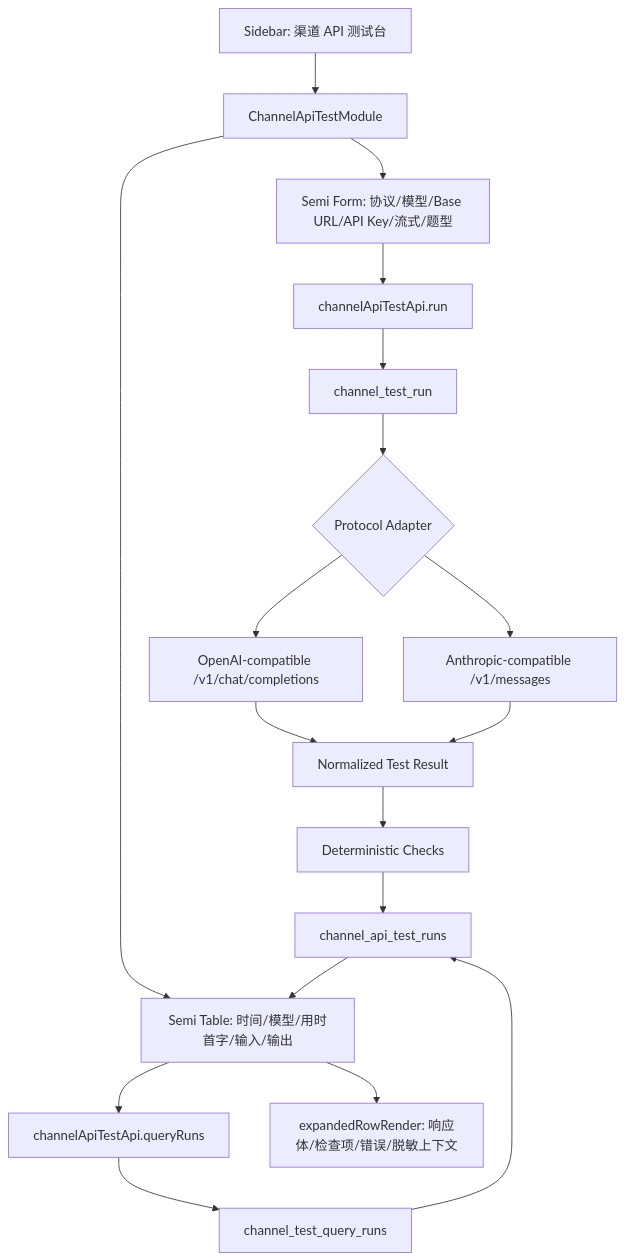
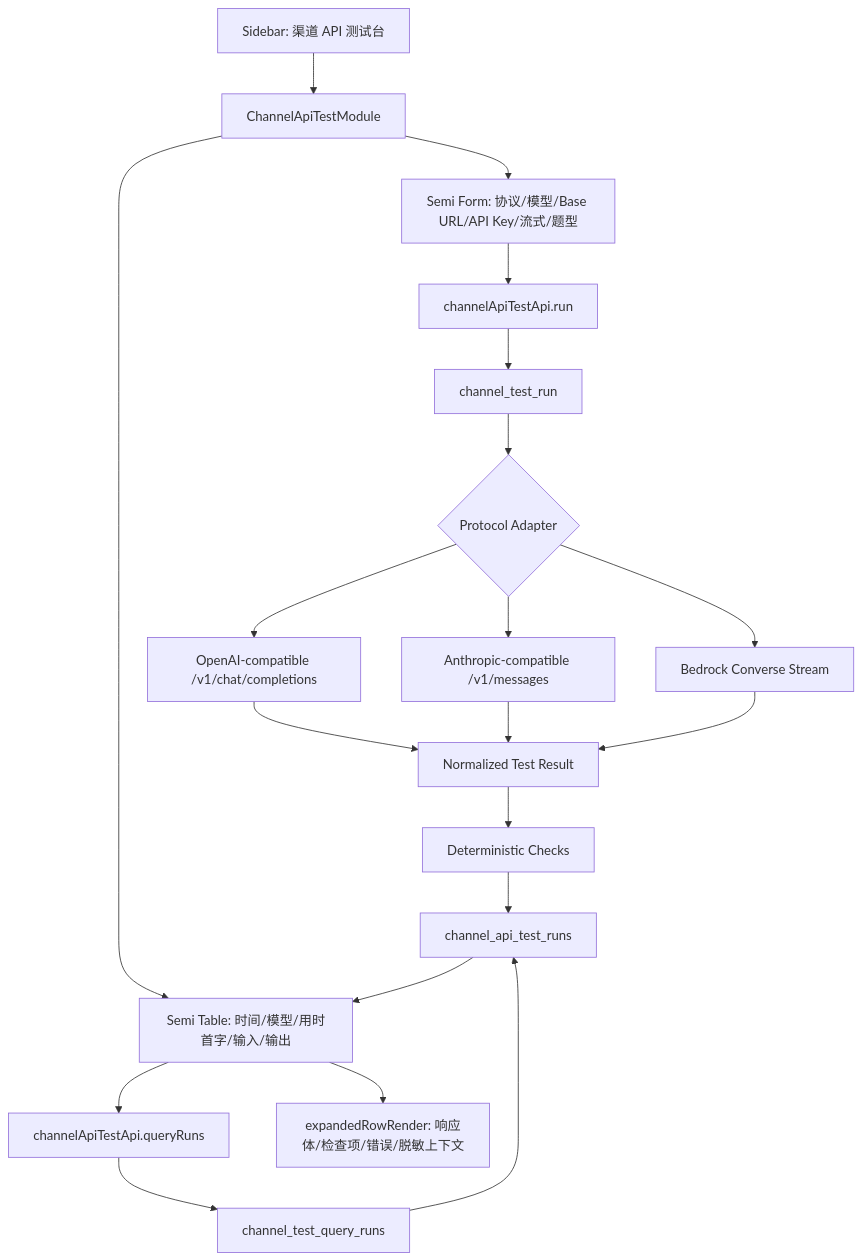
Before and after one commit to lionellc/agentnexus: the diagram in docs/plans/2026-05-02-001-feat-channel-api-testbench-plan.md, drawn with Mermaid. The commit also changed other lines of this file and 23 other files, not shown here.

````diff
--- a/docs/plans/2026-05-02-001-feat-channel-api-testbench-plan.md
+++ b/docs/plans/2026-05-02-001-feat-channel-api-testbench-plan.md
@@ -97,20 +114,22 @@
 ```mermaid
 flowchart TB
   Sidebar[Sidebar: 渠道 API 测试台] --> Module[ChannelApiTestModule]
   Module --> Form[Semi Form: 协议/模型/Base URL/API Key/流式/题型]
   Module --> Table[Semi Table: 时间/模型/用时首字/输入/输出]
   Form --> FrontApi[channelApiTestApi.run]
   Table --> FrontApiQuery[channelApiTestApi.queryRuns]
   FrontApi --> TauriRun[channel_test_run]
   FrontApiQuery --> TauriQuery[channel_test_query_runs]
   TauriRun --> Adapter{Protocol Adapter}
   Adapter --> OpenAI[OpenAI-compatible /v1/chat/completions]
   Adapter --> Anthropic[Anthropic-compatible /v1/messages]
+  Adapter --> Bedrock[Bedrock Converse Stream]
   OpenAI --> Normalize[Normalized Test Result]
   Anthropic --> Normalize
+  Bedrock --> Normalize
   Normalize --> Checks[Deterministic Checks]
   Checks --> Persist[channel_api_test_runs]
   TauriQuery --> Persist
   Persist --> Table
   Table --> Detail[expandedRowRender: 响应体/检查项/错误/脱敏上下文]
 ```
````
